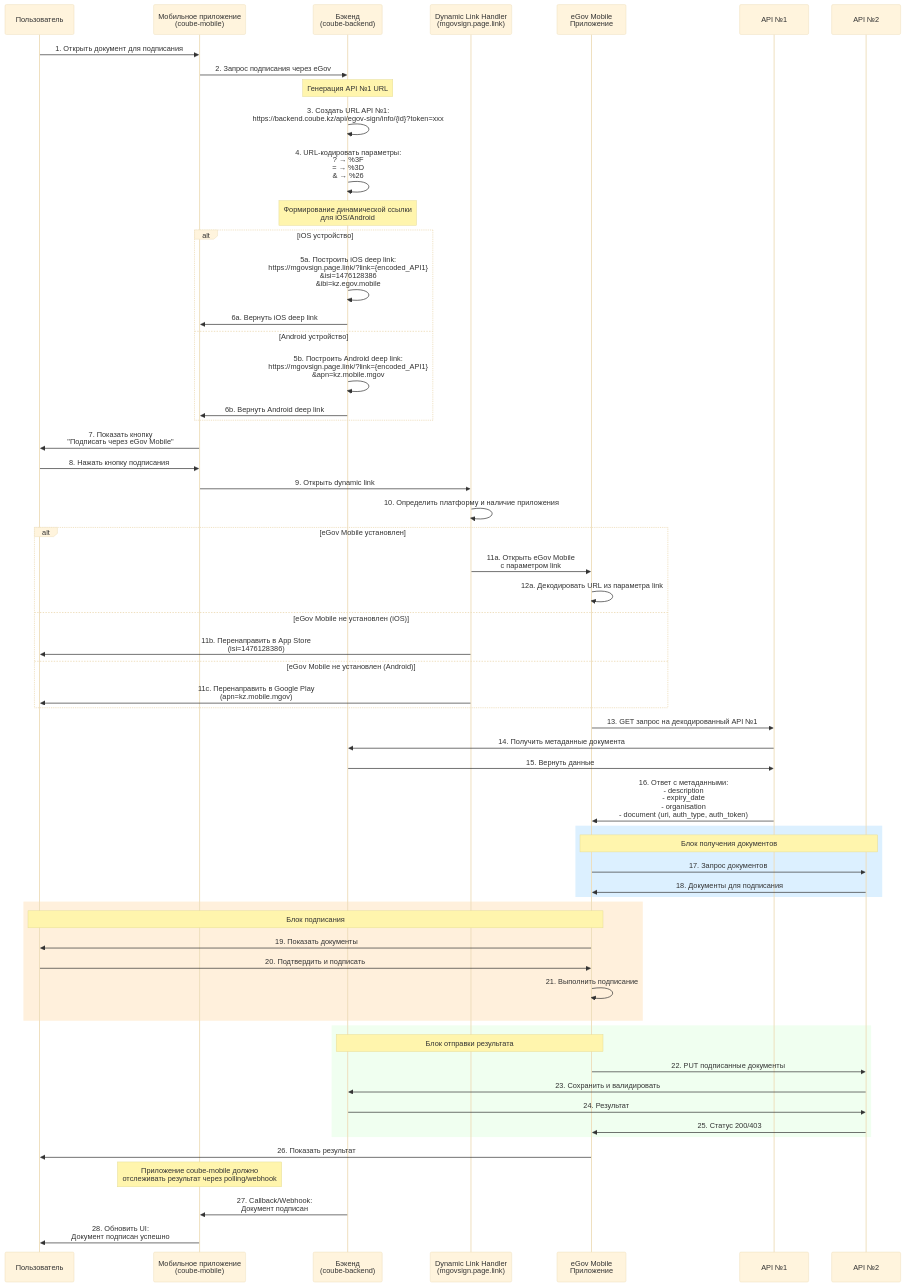
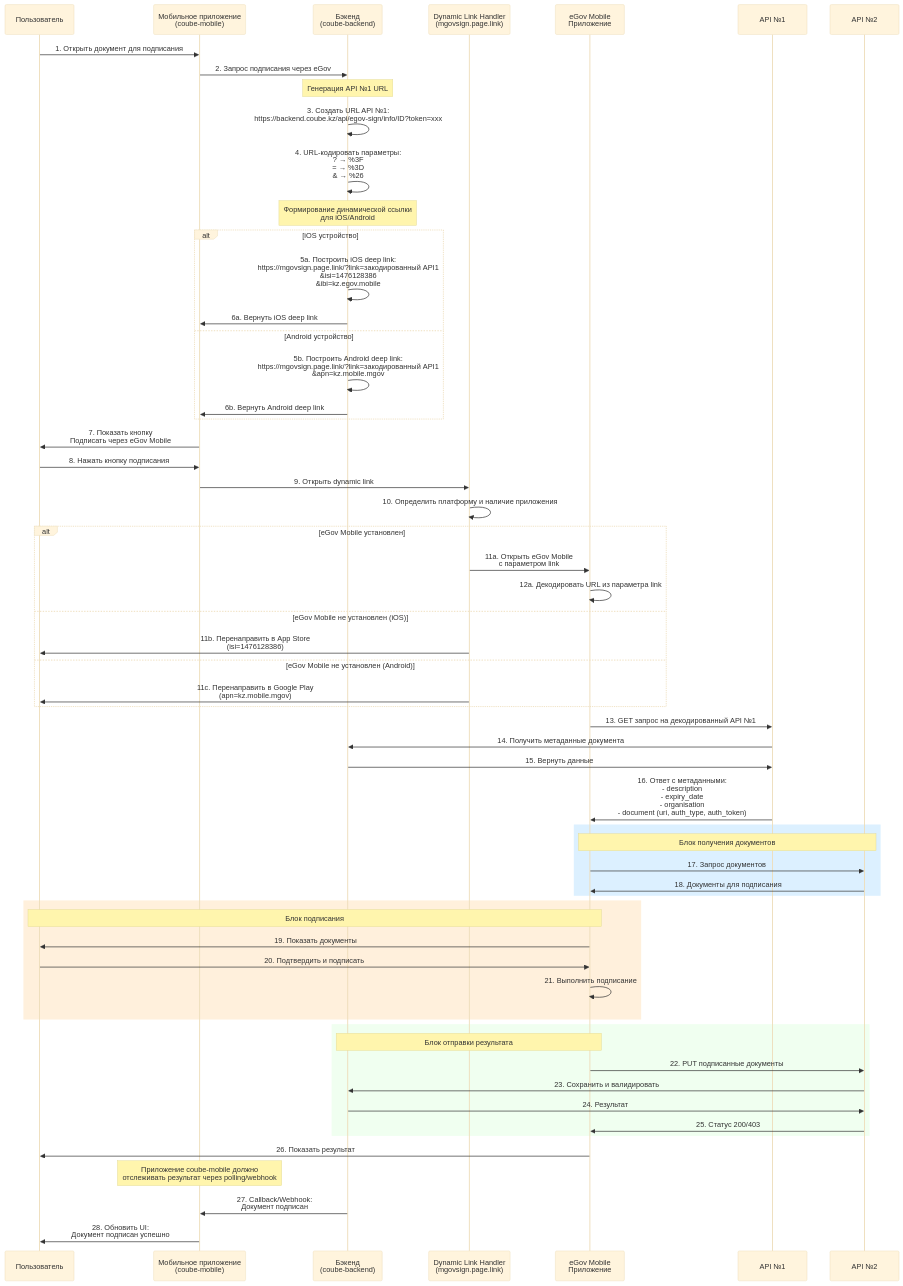
Before and after one commit to adamshels1/coube-documentation: the third of 17 diagrams in business_analysis/converted/QR sign/QR-Signing-Flow-Diagrams.md, drawn with Mermaid (base theme). The commit also changed other lines of this file, not shown here.

````diff
--- a/business_analysis/converted/QR sign/QR-Signing-Flow-Diagrams.md
+++ b/business_analysis/converted/QR sign/QR-Signing-Flow-Diagrams.md
@@ -139,81 +139,81 @@
 ```mermaid
 sequenceDiagram
     participant User as Пользователь
     participant Mobile as Мобильное приложение<br/>(coube-mobile)
     participant Backend as Бэкенд<br/>(coube-backend)
     participant DeepLink as Dynamic Link Handler<br/>(mgovsign.page.link)
     participant eGov as eGov Mobile<br/>Приложение
     participant API1 as API №1
     participant API2 as API №2
 
     User->>Mobile: 1. Открыть документ для подписания
     Mobile->>Backend: 2. Запрос подписания через eGov
 
     Note over Backend: Генерация API №1 URL
 
-    Backend->>Backend: 3. Создать URL API №1:<br/>https://backend.coube.kz/api/egov-sign/info/{id}?token=xxx
+    Backend->>Backend: 3. Создать URL API №1:<br/>https://backend.coube.kz/api/egov-sign/info/ID?token=xxx
 
     Backend->>Backend: 4. URL-кодировать параметры:<br/>? → %3F<br/>= → %3D<br/>& → %26
 
     Note over Backend: Формирование динамической ссылки<br/>для iOS/Android
 
     alt iOS устройство
-        Backend->>Backend: 5a. Построить iOS deep link:<br/>https://mgovsign.page.link/?link={encoded_API1}<br/>&isi=1476128386<br/>&ibi=kz.egov.mobile
+        Backend->>Backend: 5a. Построить iOS deep link:<br/>https://mgovsign.page.link/?link=закодированный API1<br/>&isi=1476128386<br/>&ibi=kz.egov.mobile
         Backend->>Mobile: 6a. Вернуть iOS deep link
     else Android устройство
-        Backend->>Backend: 5b. Построить Android deep link:<br/>https://mgovsign.page.link/?link={encoded_API1}<br/>&apn=kz.mobile.mgov
+        Backend->>Backend: 5b. Построить Android deep link:<br/>https://mgovsign.page.link/?link=закодированный API1<br/>&apn=kz.mobile.mgov
         Backend->>Mobile: 6b. Вернуть Android deep link
     end
 
-    Mobile->>User: 7. Показать кнопку<br/>"Подписать через eGov Mobile"
+    Mobile->>User: 7. Показать кнопку<br/>Подписать через eGov Mobile
 
     User->>Mobile: 8. Нажать кнопку подписания
 
     Mobile->>DeepLink: 9. Открыть dynamic link
 
     DeepLink->>DeepLink: 10. Определить платформу и наличие приложения
 
     alt eGov Mobile установлен
         DeepLink->>eGov: 11a. Открыть eGov Mobile<br/>с параметром link
         eGov->>eGov: 12a. Декодировать URL из параметра link
     else eGov Mobile не установлен (iOS)
         DeepLink->>User: 11b. Перенаправить в App Store<br/>(isi=1476128386)
     else eGov Mobile не установлен (Android)
         DeepLink->>User: 11c. Перенаправить в Google Play<br/>(apn=kz.mobile.mgov)
     end
 
     eGov->>API1: 13. GET запрос на декодированный API №1
 
     API1->>Backend: 14. Получить метаданные документа
     Backend->>API1: 15. Вернуть данные
 
     API1->>eGov: 16. Ответ с метаданными:<br/>- description<br/>- expiry_date<br/>- organisation<br/>- document (uri, auth_type, auth_token)
 
     rect rgb(220, 240, 255)
         Note over eGov,API2: Блок получения документов
         eGov->>API2: 17. Запрос документов
         API2->>eGov: 18. Документы для подписания
     end
 
     rect rgb(255, 240, 220)
         Note over User,eGov: Блок подписания
         eGov->>User: 19. Показать документы
         User->>eGov: 20. Подтвердить и подписать
         eGov->>eGov: 21. Выполнить подписание
     end
 
     rect rgb(240, 255, 240)
         Note over eGov,Backend: Блок отправки результата
         eGov->>API2: 22. PUT подписанные документы
         API2->>Backend: 23. Сохранить и валидировать
         Backend->>API2: 24. Результат
         API2->>eGov: 25. Статус 200/403
     end
 
     eGov->>User: 26. Показать результат
 
     Note over Mobile: Приложение coube-mobile должно<br/>отслеживать результат через polling/webhook
 
     Backend->>Mobile: 27. Callback/Webhook:<br/>Документ подписан
     Mobile->>User: 28. Обновить UI:<br/>Документ подписан успешно
 ```
````
